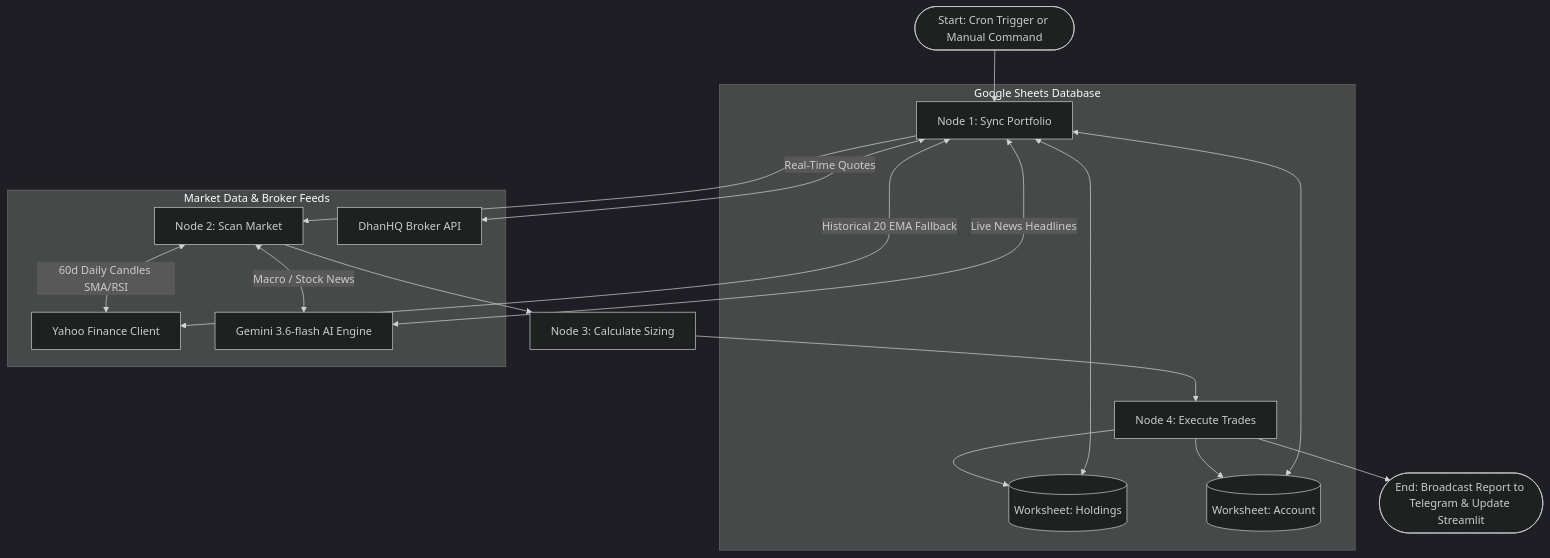
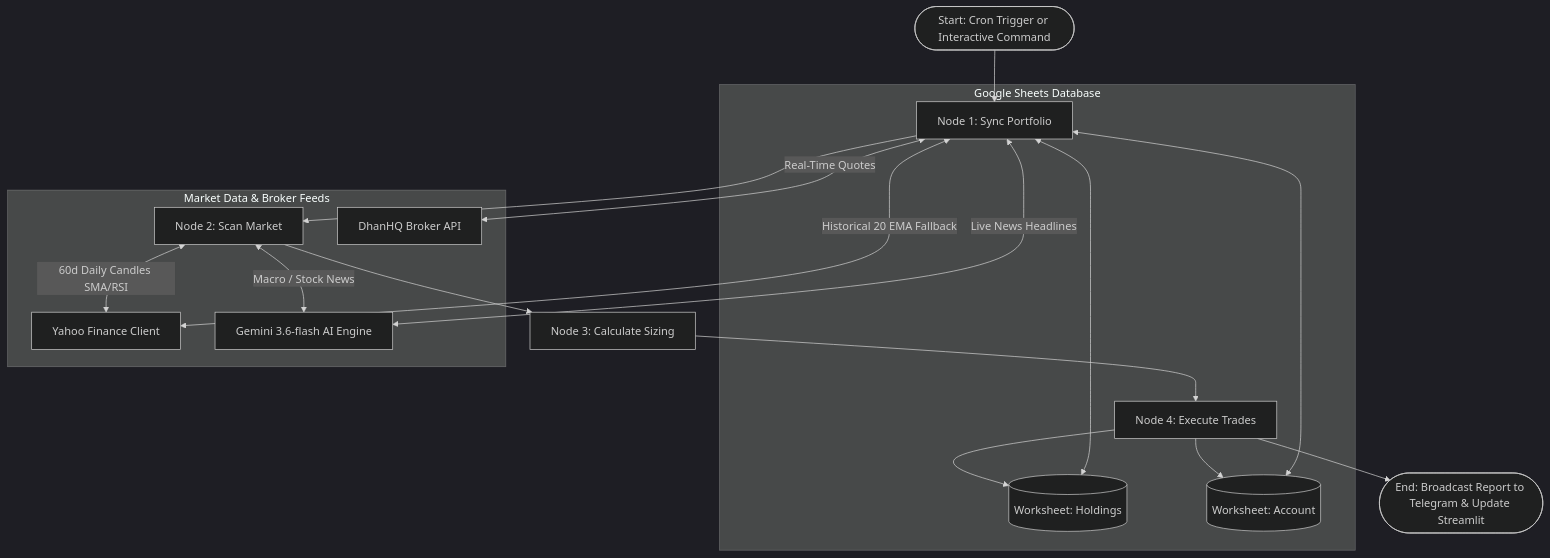
One commit to ckbasak/Swing-Trading changed the diagram in final_system_blueprint.md. Above: the diagram before and after it, drawn with Mermaid (dark theme). The commit also changed other lines of this file and 1 other file, not shown here.

````diff
--- a/final_system_blueprint.md
+++ b/final_system_blueprint.md
@@ -11,23 +11,23 @@
 ```mermaid
 graph TD
-    A([Start: Cron Trigger or Manual Command]) --> B[Node 1: Sync Portfolio]
+    A([Start: Cron Trigger or Interactive Command]) --> B[Node 1: Sync Portfolio]
     B --> C[Node 2: Scan Market]
     C --> D[Node 3: Calculate Sizing]
     D --> E[Node 4: Execute Trades]
     E --> F([End: Broadcast Report to Telegram & Update Streamlit])
     
     subgraph Google Sheets Database
         B <--> G[(Worksheet: Holdings)]
         B <--> H[(Worksheet: Account)]
         E --> G
         E --> H
     end
     
     subgraph Market Data & Broker Feeds
         B <-- Real-Time Quotes --> I[DhanHQ Broker API]
         B <-- Historical 20 EMA Fallback --> J[Yahoo Finance Client]
         C <-- 60d Daily Candles SMA/RSI --> J
         B <-- Live News Headlines --> K[Gemini 3.6-flash AI Engine]
         C <-- Macro / Stock News --> K
     end
 ```
````
